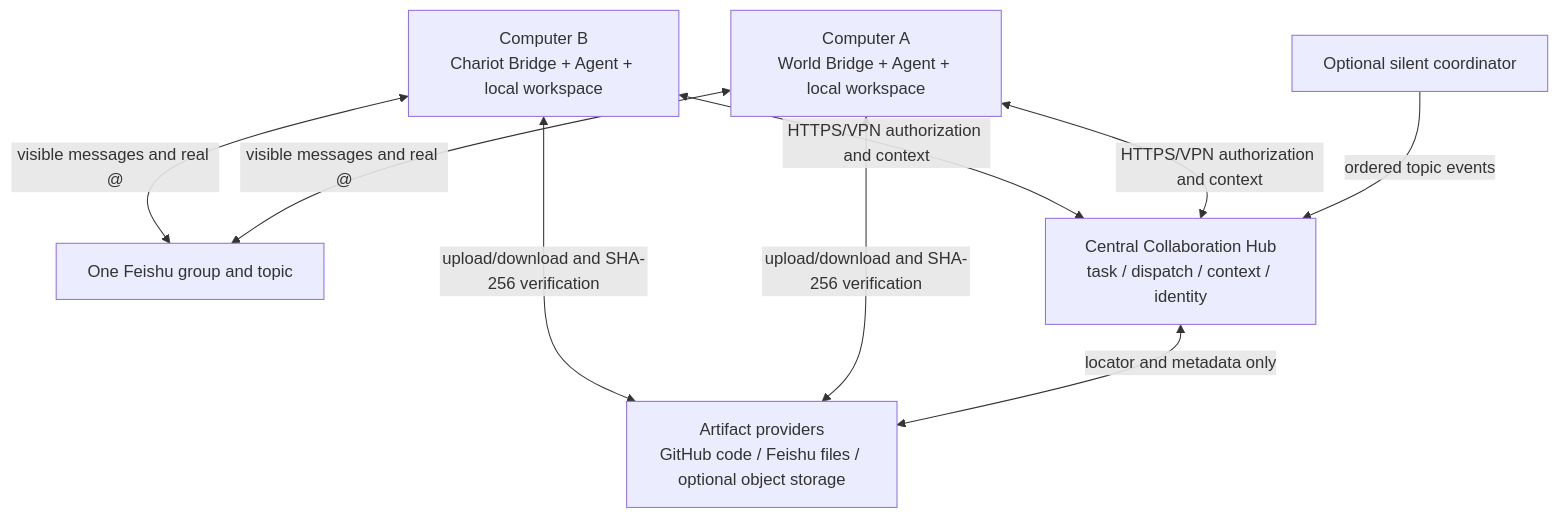
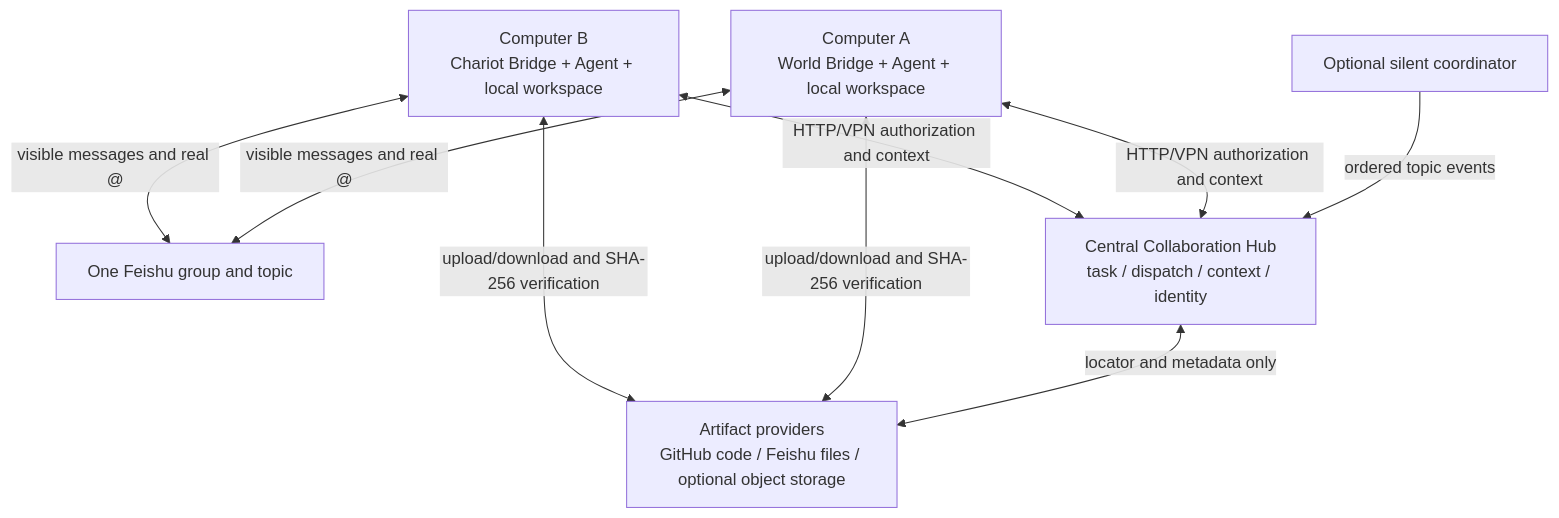
The diagram in docs/DISTRIBUTED_DEPLOYMENT_ROADMAP.md (ZenHatesCoding/feishu-local-agent-bridge-windows), drawn with Mermaid before and after one commit. The commit also changed other lines of this file and 9 other files, not shown here.

First line of the commit message:
docs(design): realign design, concepts, roadmap, networking and vision with the code

````diff
--- a/docs/DISTRIBUTED_DEPLOYMENT_ROADMAP.md
+++ b/docs/DISTRIBUTED_DEPLOYMENT_ROADMAP.md
@@ -49,18 +54,18 @@
 ```mermaid
 flowchart TB
   F["One Feishu group and topic"]
   H["Central Collaboration Hub\ntask / dispatch / context / identity"]
   S["Artifact providers\nGitHub code / Feishu files / optional object storage"]
   A["Computer A\nWorld Bridge + Agent + local workspace"]
   B["Computer B\nChariot Bridge + Agent + local workspace"]
   C["Optional silent coordinator"]
 
   A <-->|"visible messages and real @"| F
   B <-->|"visible messages and real @"| F
   C -->|"ordered topic events"| H
-  A <-->|"HTTPS/VPN authorization and context"| H
-  B <-->|"HTTPS/VPN authorization and context"| H
+  A <-->|"HTTP/VPN authorization and context"| H
+  B <-->|"HTTP/VPN authorization and context"| H
   H <-->|"locator and metadata only"| S
   A <-->|"upload/download and SHA-256 verification"| S
   B <-->|"upload/download and SHA-256 verification"| S
 ```
````
